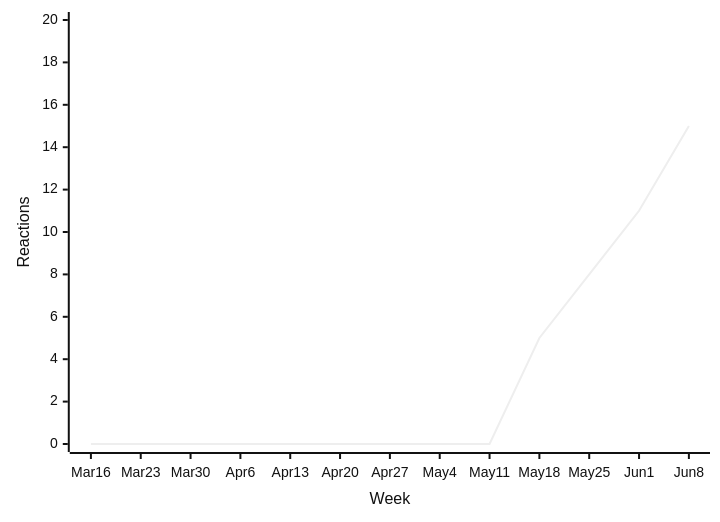
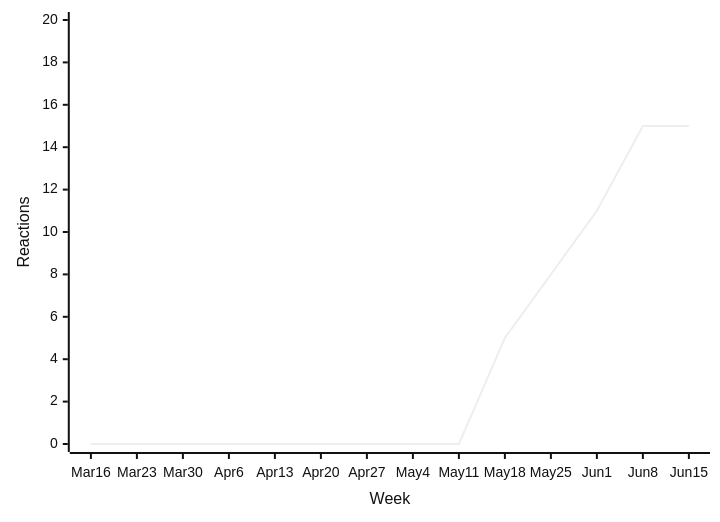
Before and after one commit to loic-sharma/github-insights: the tenth of 47 diagrams in README.md, drawn with Mermaid (neutral theme). The commit also changed other lines of this file and 3 other files, not shown here.

````diff
--- a/README.md
+++ b/README.md
@@ -492,6 +492,6 @@
   ```mermaid
   xychart-beta
-    x-axis "Week" [Mar 16, Mar 23, Mar 30, Apr 6, Apr 13, Apr 20, Apr 27, May 4, May 11, May 18, May 25, Jun 1, Jun 8]
+    x-axis "Week" [Mar 16, Mar 23, Mar 30, Apr 6, Apr 13, Apr 20, Apr 27, May 4, May 11, May 18, May 25, Jun 1, Jun 8, Jun 15]
     y-axis "Reactions" 0 --> 20
-    line [0, 0, 0, 0, 0, 0, 0, 0, 0, 5, 8, 11, 15]
+    line [0, 0, 0, 0, 0, 0, 0, 0, 0, 5, 8, 11, 15, 15]
   ```
````
